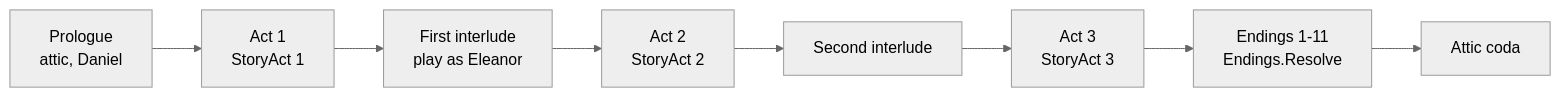
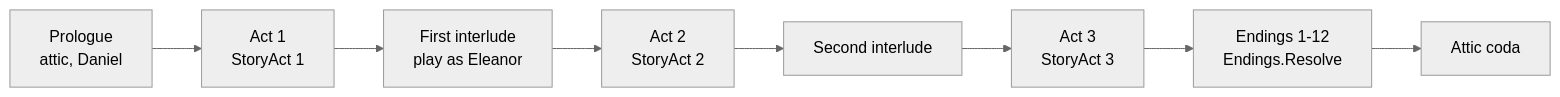
The fourth of 4 diagrams in docs/architecture.md (MaxDac/Repentance), drawn with Mermaid (neutral theme) before and after one commit. The commit also changed 73 other files, not shown here.

````diff
--- a/docs/architecture.md
+++ b/docs/architecture.md
@@ -120,10 +120,10 @@
 ```mermaid
 flowchart LR
     P[Prologue<br/>attic, Daniel] --> A1[Act 1<br/>StoryAct 1]
     A1 --> I1[First interlude<br/>play as Eleanor]
     I1 --> A2[Act 2<br/>StoryAct 2]
     A2 --> I2[Second interlude]
     I2 --> A3[Act 3<br/>StoryAct 3]
-    A3 --> E[Endings 1-11<br/>Endings.Resolve]
+    A3 --> E[Endings 1-12<br/>Endings.Resolve]
     E --> C[Attic coda]
 ```
````
